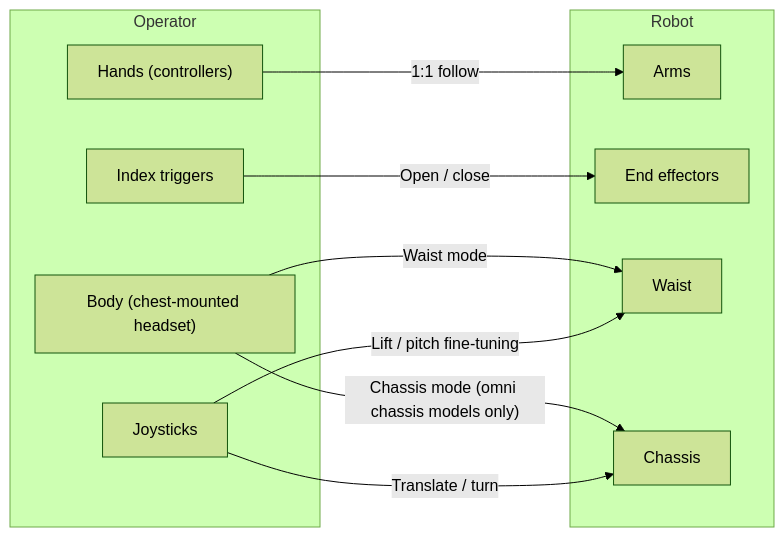
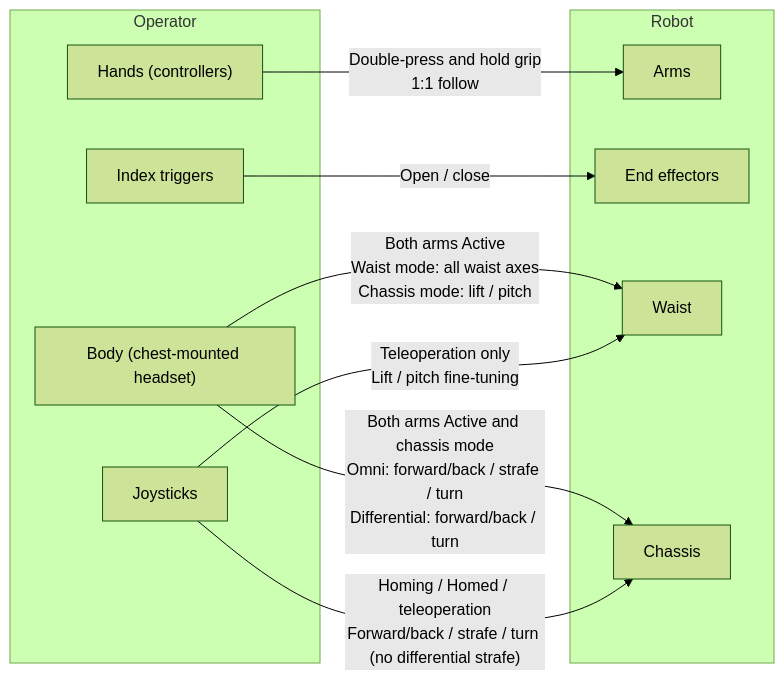
The first of 3 diagrams in lookie_teleop/docs/vr_teleop_quickstart.md (AgilexOpensource/lookie_ros), drawn with Mermaid (forest theme) before and after one commit. The commit also changed other lines of this file and 23 other files, not shown here.

````diff
--- a/lookie_teleop/docs/vr_teleop_quickstart.md
+++ b/lookie_teleop/docs/vr_teleop_quickstart.md
@@ -16,21 +16,21 @@
 ```mermaid
 flowchart LR
     subgraph Operator
         A["Hands (controllers)"]
         B["Body (chest-mounted headset)"]
         C["Joysticks"]
         T["Index triggers"]
     end
     subgraph Robot
         D["Arms"]
         G["End effectors"]
         E["Waist"]
         F["Chassis"]
     end
-    A -- "1:1 follow" --> D
+    A -- "Double-press and hold grip<br/>1:1 follow" --> D
     T -- "Open / close" --> G
-    B -- "Waist mode" --> E
-    B -- "Chassis mode (omni chassis models only)" --> F
-    C -- "Translate / turn" --> F
-    C -- "Lift / pitch fine-tuning" --> E
+    B -- "Both arms Active<br/>Waist mode: all waist axes<br/>Chassis mode: lift / pitch" --> E
+    B -- "Both arms Active and chassis mode<br/>Omni: forward/back / strafe / turn<br/>Differential: forward/back / turn" --> F
+    C -- "Homing / Homed / teleoperation<br/>Forward/back / strafe / turn (no differential strafe)" --> F
+    C -- "Teleoperation only<br/>Lift / pitch fine-tuning" --> E
 ```
````
